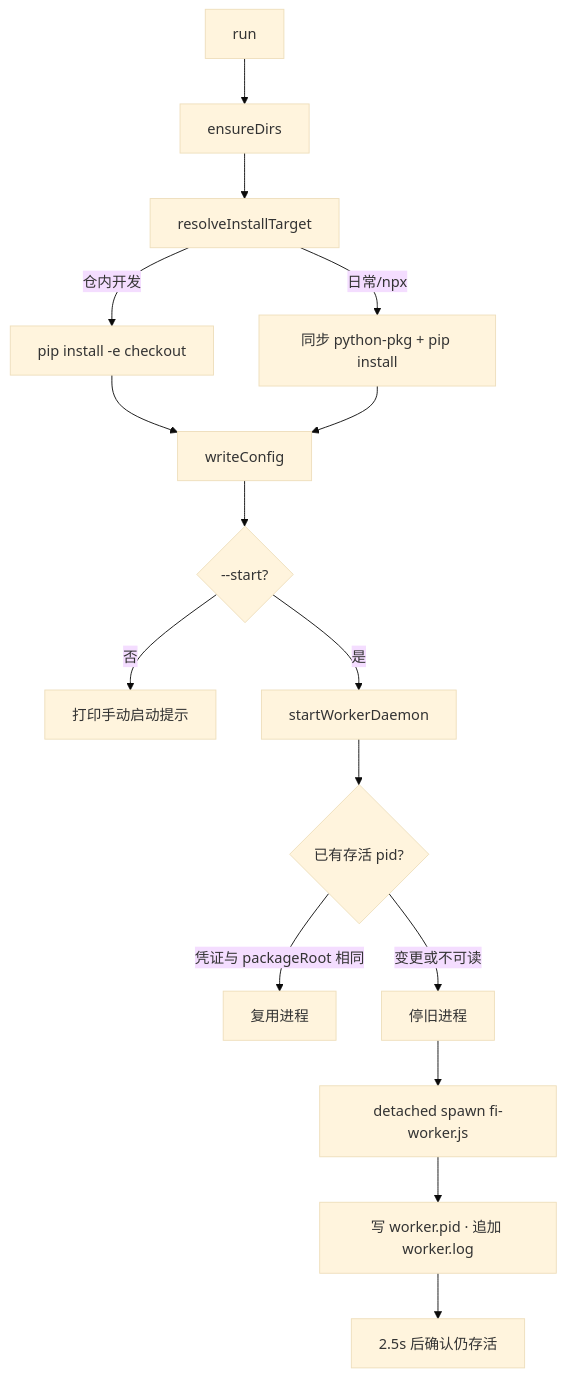
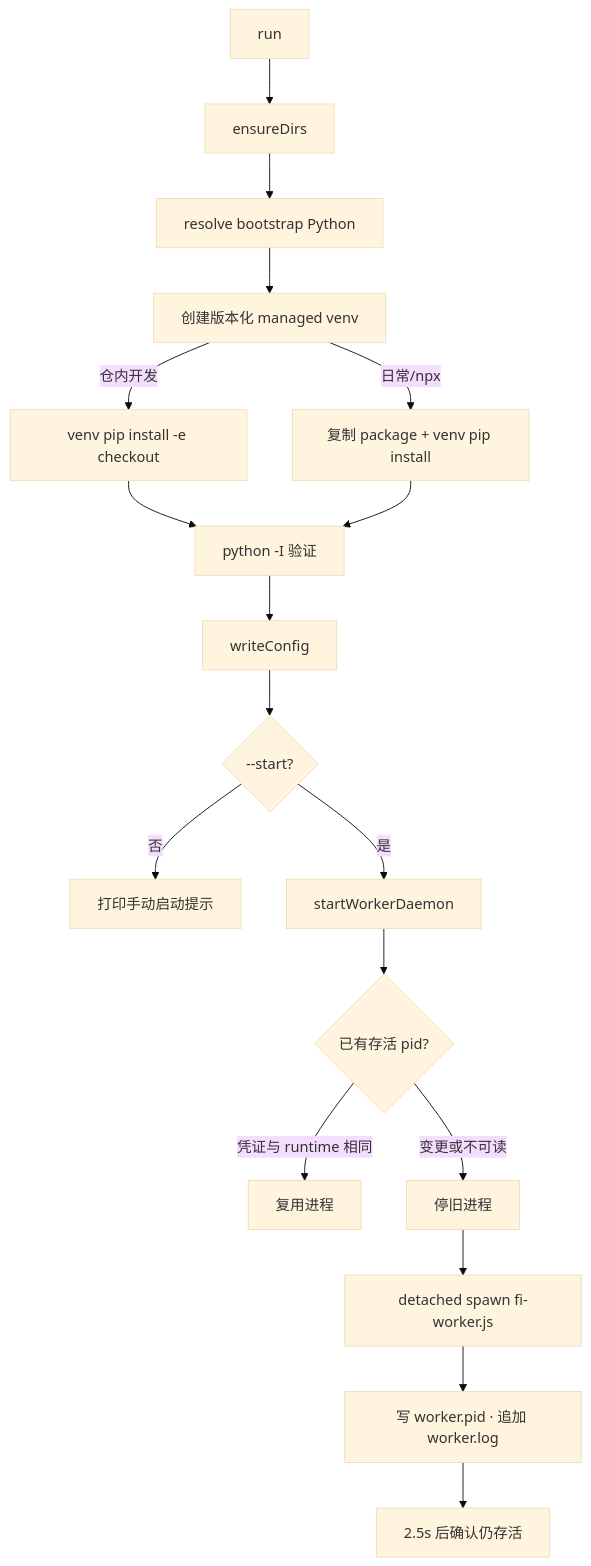
Before and after one commit to openeuler-mirror/agent-insight: the third of 5 diagrams in docs/agent-fault-injection/guides/local-install-process.md, drawn with Mermaid (base theme). The commit also changed other lines of this file and 22 other files, not shown here.

````diff
--- a/docs/agent-fault-injection/guides/local-install-process.md
+++ b/docs/agent-fault-injection/guides/local-install-process.md
@@ -155,18 +157,20 @@
 ```mermaid
 flowchart TD
   A[run] --> B[ensureDirs]
-  B --> C[resolveInstallTarget]
-  C -->|仓内开发| D[pip install -e checkout]
-  C -->|日常/npx| E[同步 python-pkg + pip install]
-  D --> F[writeConfig]
-  E --> F
-  F --> G{--start?}
-  G -->|否| H[打印手动启动提示]
-  G -->|是| I[startWorkerDaemon]
-  I --> J{已有存活 pid?}
-  J -->|凭证与 packageRoot 相同| K[复用进程]
-  J -->|变更或不可读| L[停旧进程]
-  L --> M[detached spawn fi-worker.js]
-  M --> N[写 worker.pid · 追加 worker.log]
-  N --> O[2.5s 后确认仍存活]
+  B --> C[resolve bootstrap Python]
+  C --> D[创建版本化 managed venv]
+  D -->|仓内开发| E[venv pip install -e checkout]
+  D -->|日常/npx| F[复制 package + venv pip install]
+  E --> G[python -I 验证]
+  F --> G
+  G --> H[writeConfig]
+  H --> I{--start?}
+  I -->|否| J[打印手动启动提示]
+  I -->|是| K[startWorkerDaemon]
+  K --> L{已有存活 pid?}
+  L -->|凭证与 runtime 相同| M[复用进程]
+  L -->|变更或不可读| N[停旧进程]
+  N --> O[detached spawn fi-worker.js]
+  O --> P[写 worker.pid · 追加 worker.log]
+  P --> Q[2.5s 后确认仍存活]
 ```
````
